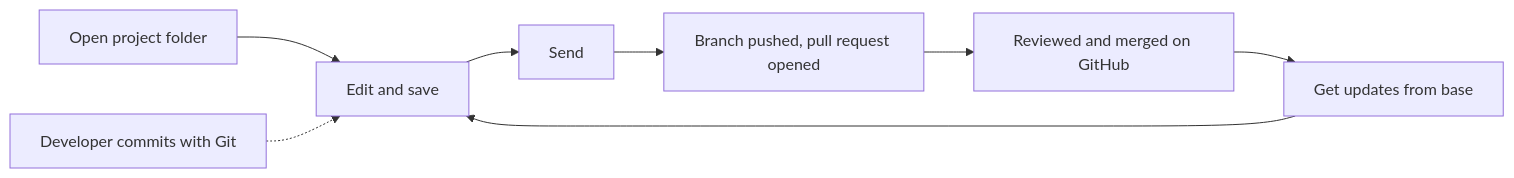
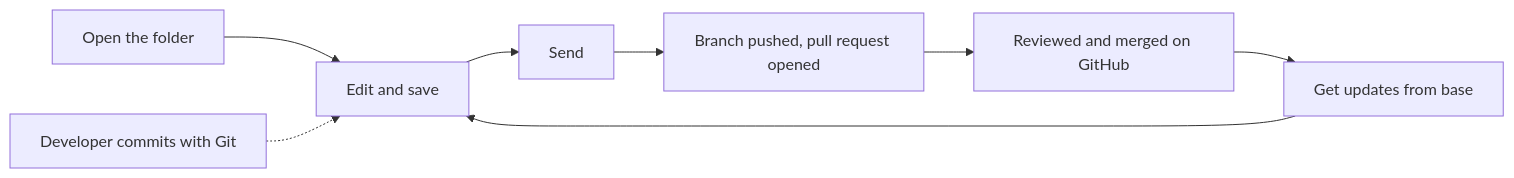
Before and after one commit to sethjuarez/draftline: the diagram in docs/scenario-flows/hybrid-projects.md, drawn with Mermaid. The commit also changed other lines of this file and 23 other files, not shown here.

````diff
--- a/docs/scenario-flows/hybrid-projects.md
+++ b/docs/scenario-flows/hybrid-projects.md
@@ -19,10 +19,10 @@
 ```mermaid
 flowchart LR
-    A[Open project folder] --> B[Edit and save]
+    A[Open the folder] --> B[Edit and save]
     B --> C[Send]
     C --> D[Branch pushed, pull request opened]
     D --> E[Reviewed and merged on GitHub]
     E --> F[Get updates from base]
     F --> B
     G[Developer commits with Git] -.-> B
 ```
````
